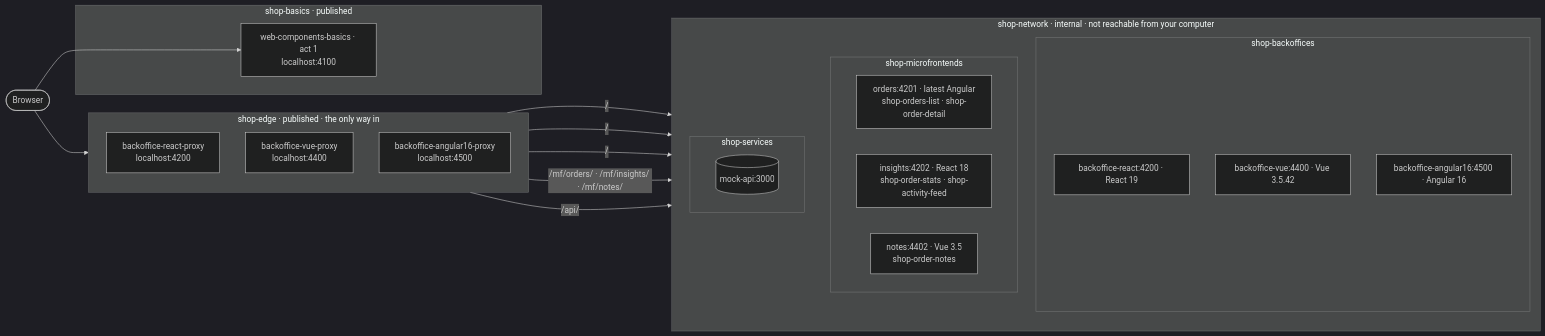
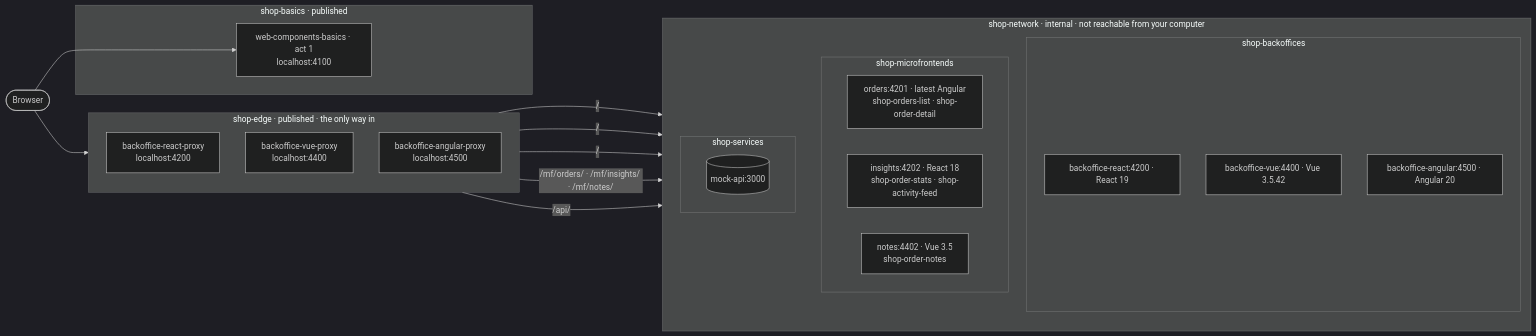
The first of 2 diagrams in README.md (IliasEfth/Web-Components), drawn with Mermaid (dark theme) before and after one commit. The commit also changed other lines of this file and 57 other files, not shown here.

First line of the commit message:
refactor: Angular shell on Angular 20, renamed backoffice-angular

````diff
--- a/README.md
+++ b/README.md
@@ -65,40 +65,40 @@
 ```mermaid
 flowchart LR
   browser([Browser])
 
   subgraph basics[shop-basics · published]
     wcb[web-components-basics · act 1<br/>localhost:4100]
   end
 
   subgraph edge[shop-edge · published · the only way in]
     direction TB
     rp[backoffice-react-proxy<br/>localhost:4200]
     vp[backoffice-vue-proxy<br/>localhost:4400]
-    ap[backoffice-angular16-proxy<br/>localhost:4500]
+    ap[backoffice-angular-proxy<br/>localhost:4500]
   end
 
   subgraph net[shop-network · internal · not reachable from your computer]
     direction TB
     subgraph backoffices[shop-backoffices]
       react[backoffice-react:4200 · React 19]
       vue[backoffice-vue:4400 · Vue 3.5.42]
-      ng16[backoffice-angular16:4500 · Angular 16]
+      ng16[backoffice-angular:4500 · Angular 20]
     end
     subgraph mfs[shop-microfrontends]
       orders[orders:4201 · latest Angular<br/>shop-orders-list · shop-order-detail]
       insights[insights:4202 · React 18<br/>shop-order-stats · shop-activity-feed]
       notes[notes:4402 · Vue 3.5<br/>shop-order-notes]
     end
     subgraph services[shop-services]
       api[(mock-api:3000)]
     end
   end
 
   browser --> wcb
   browser --> edge
   rp -- "/" --> react
   vp -- "/" --> vue
   ap -- "/" --> ng16
   edge -- "/mf/orders/ · /mf/insights/ · /mf/notes/" --> mfs
   edge -- "/api/" --> services
 ```
````
